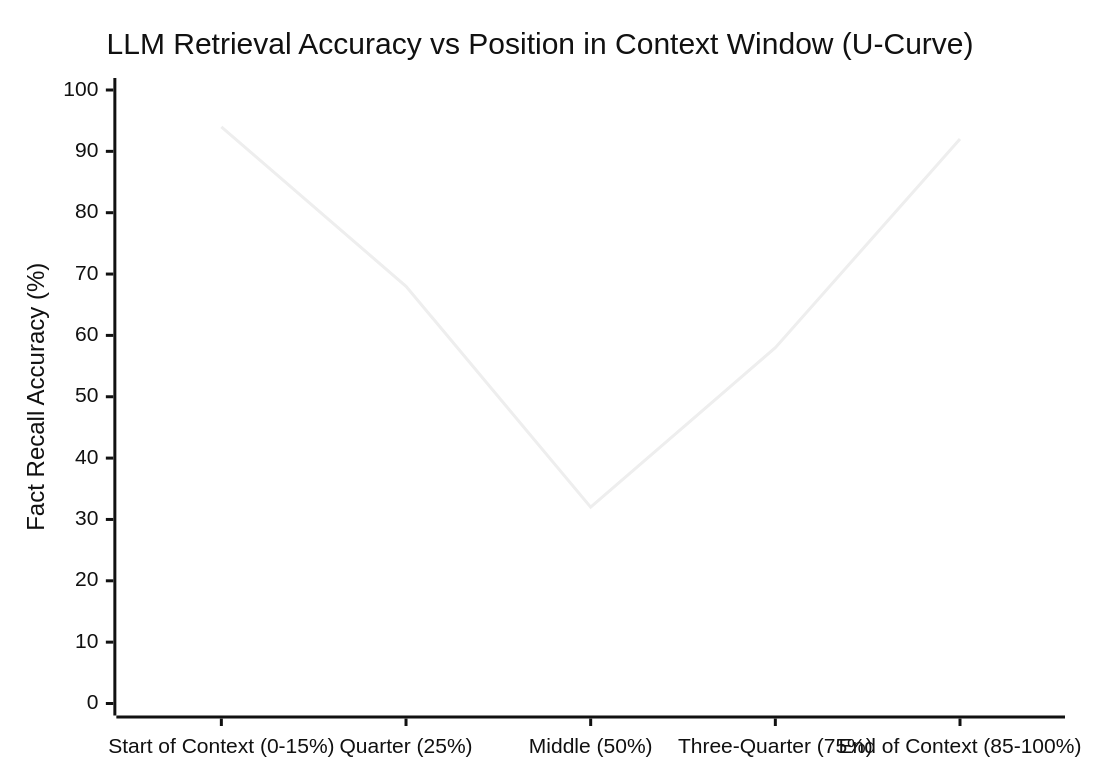
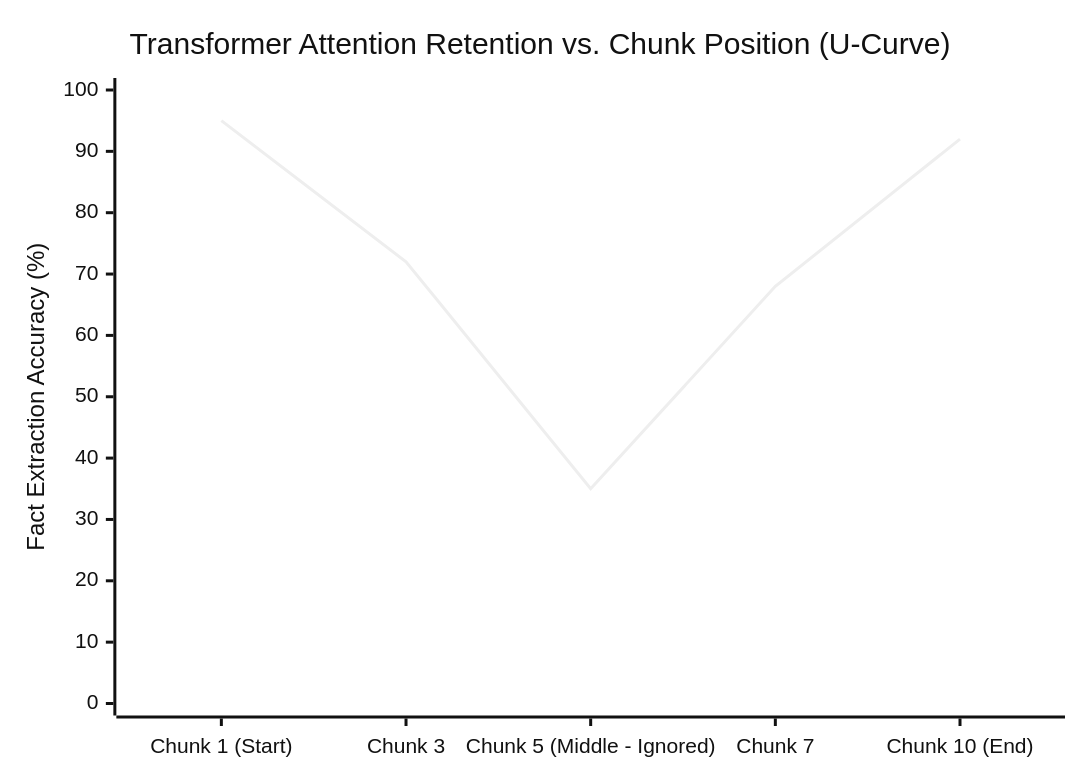
Before and after one commit to Nishant8826/theory-leaning: diagram 11 of 31 in RAG/01_RAG_30_Questions.md, drawn with Mermaid (neutral theme). The commit also changed other lines of this file and 2 other files, not shown here.

````diff
--- a/RAG/01_RAG_30_Questions.md
+++ b/RAG/01_RAG_30_Questions.md
@@ -713,7 +642,7 @@
 ```mermaid
 xychart-beta
-    title "LLM Retrieval Accuracy vs Position in Context Window (U-Curve)"
-    x-axis ["Start of Context (0-15%)", "Quarter (25%)", "Middle (50%)", "Three-Quarter (75%)", "End of Context (85-100%)"]
-    y-axis "Fact Recall Accuracy (%)" 0 --> 100
-    line [94, 68, 32, 58, 92]
+    title "Transformer Attention Retention vs. Chunk Position (U-Curve)"
+    x-axis ["Chunk 1 (Start)", "Chunk 3", "Chunk 5 (Middle - Ignored)", "Chunk 7", "Chunk 10 (End)"]
+    y-axis "Fact Extraction Accuracy (%)" 0 --> 100
+    line [95, 72, 35, 68, 92]
 ```
````
